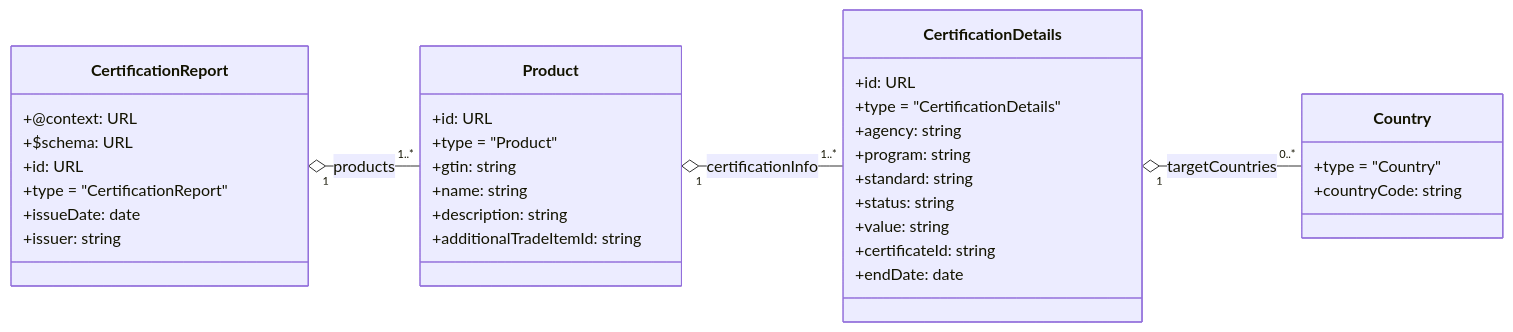
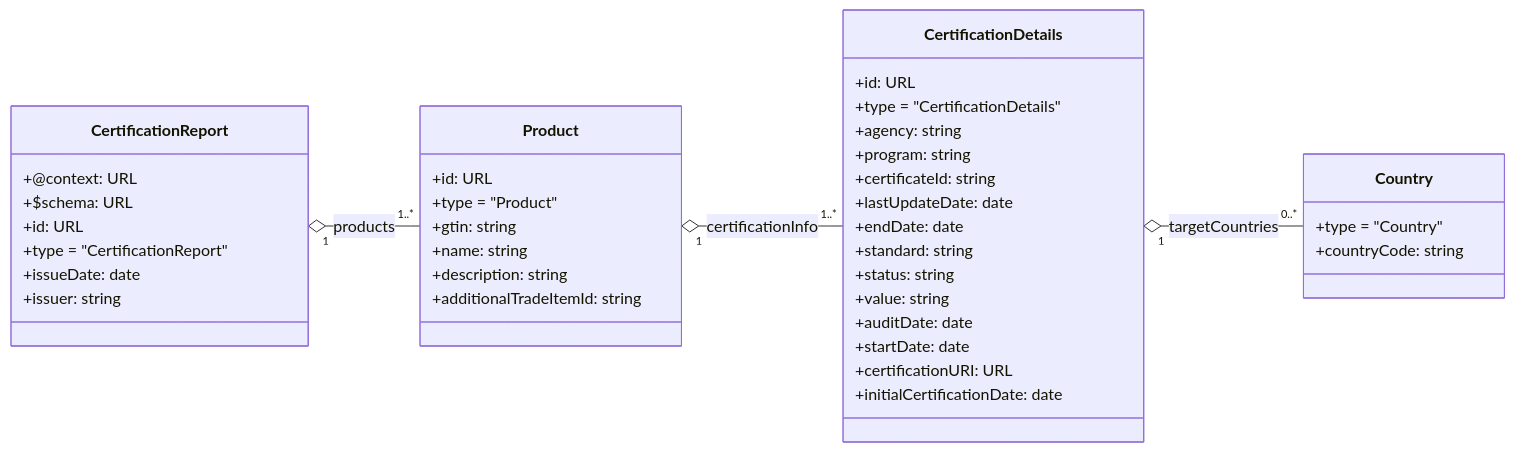
Before and after one commit to gs1us-technology/certification-data-model: the diagram in README.md, drawn with Mermaid.

Commit message:
add missing items

````diff
--- a/README.md
+++ b/README.md
@@ -24,43 +24,48 @@
 ```mermaid
 classDiagram
     direction LR
 
     class CertificationReport {
       +@context: URL
       +$schema: URL
       +id: URL
       +type = "CertificationReport"
       +issueDate: date
       +issuer: string
     }
 
     class Product {
       +id: URL
       +type = "Product"
       +gtin: string
       +name: string
       +description: string
       +additionalTradeItemId: string
     }
 
     class CertificationDetails {
       +id: URL
       +type = "CertificationDetails"
       +agency: string
       +program: string
+      +certificateId: string
+      +lastUpdateDate: date
+      +endDate: date
       +standard: string
       +status: string
       +value: string
-      +certificateId: string
-      +endDate: date
+      +auditDate: date
+      +startDate: date
+      +certificationURI: URL
+      +initialCertificationDate: date
     }
 
     class Country {
       +type = "Country"
       +countryCode: string
     }
 
     CertificationReport "1" o-- "1..*" Product : products
     Product "1" o-- "1..*" CertificationDetails : certificationInfo
     CertificationDetails "1" o-- "0..*" Country : targetCountries
 ```
````
